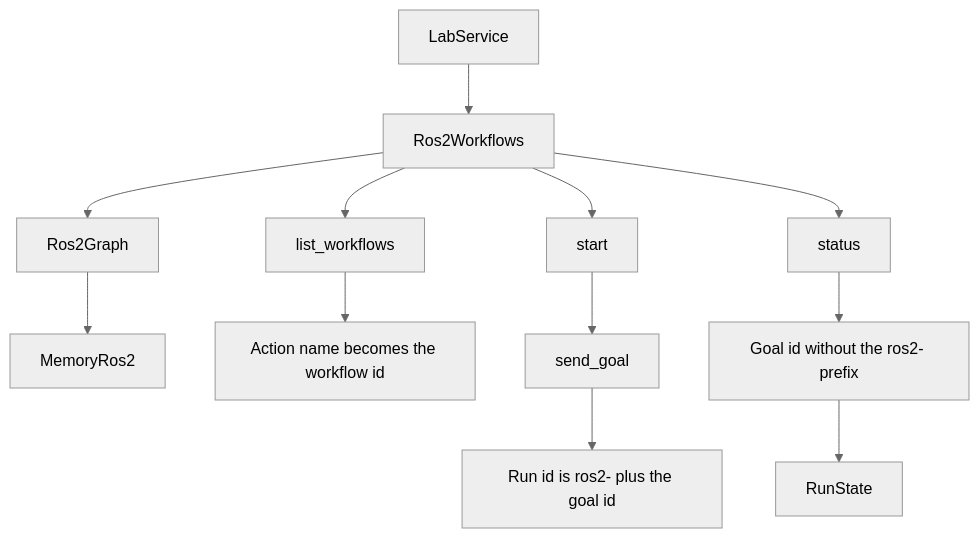
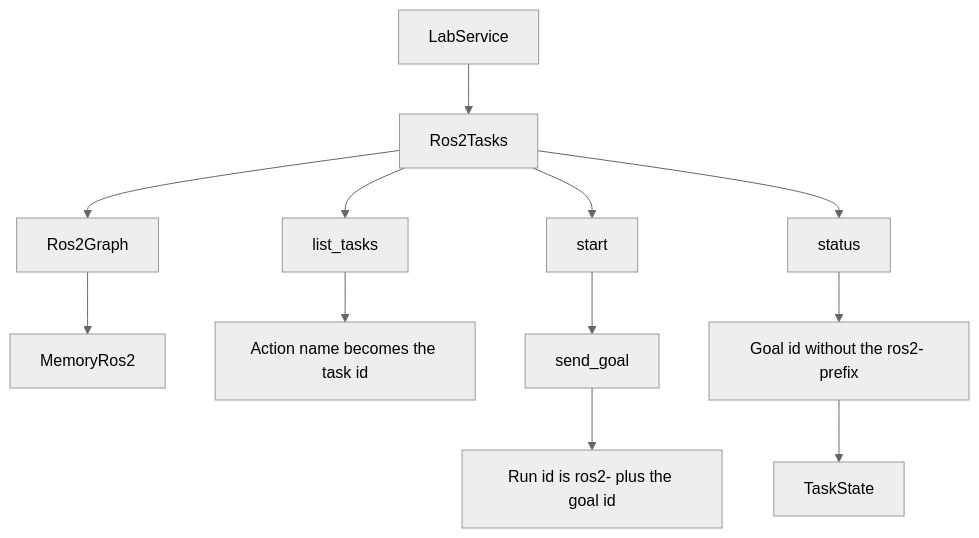
The diagram in backlog/docs/reference/ros-2/doc-9 - ROS-2.md (A3Analytics/a2a-lab-dev-kit-rs), drawn with Mermaid (neutral theme) before and after one commit. The commit also changed other lines of this file and 50 other files, not shown here.

Commit message:
Refactor a2a-lab-sdk to replace workflows with tasks. Updated documentation and examples to reflect the new task-based architecture, including changes to API methods, data structures, and protocol definitions. Enhanced README and other documentation to clarify the transition from workflows to tasks.

````diff
--- a/backlog/docs/reference/ros-2/doc-9 - ROS-2.md
+++ b/backlog/docs/reference/ros-2/doc-9 - ROS-2.md
@@ -17,14 +17,14 @@
 ```mermaid
 flowchart TD
-  lab["LabService"] --> ros["Ros2Workflows"]
+  lab["LabService"] --> ros["Ros2Tasks"]
   ros --> rosGraph["Ros2Graph"]
   rosGraph --> mem["MemoryRos2"]
-  ros --> listCall["list_workflows"]
+  ros --> listCall["list_tasks"]
   ros --> startCall["start"]
   ros --> statusCall["status"]
-  listCall --> wfId["Action name becomes the workflow id"]
+  listCall --> wfId["Action name becomes the task id"]
   startCall --> sendGoal["send_goal"]
   sendGoal --> runId["Run id is ros2- plus the goal id"]
   statusCall --> loadGoal["Goal id without the ros2- prefix"]
-  loadGoal --> runState["RunState"]
+  loadGoal --> runState["TaskState"]
 ```
````
